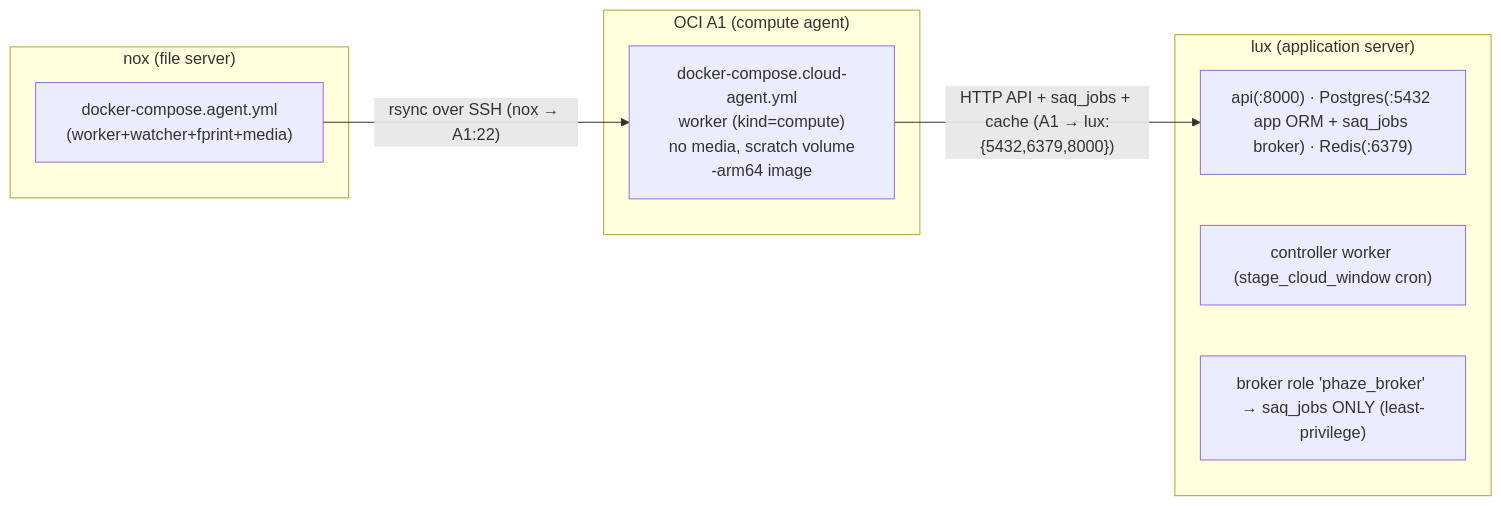
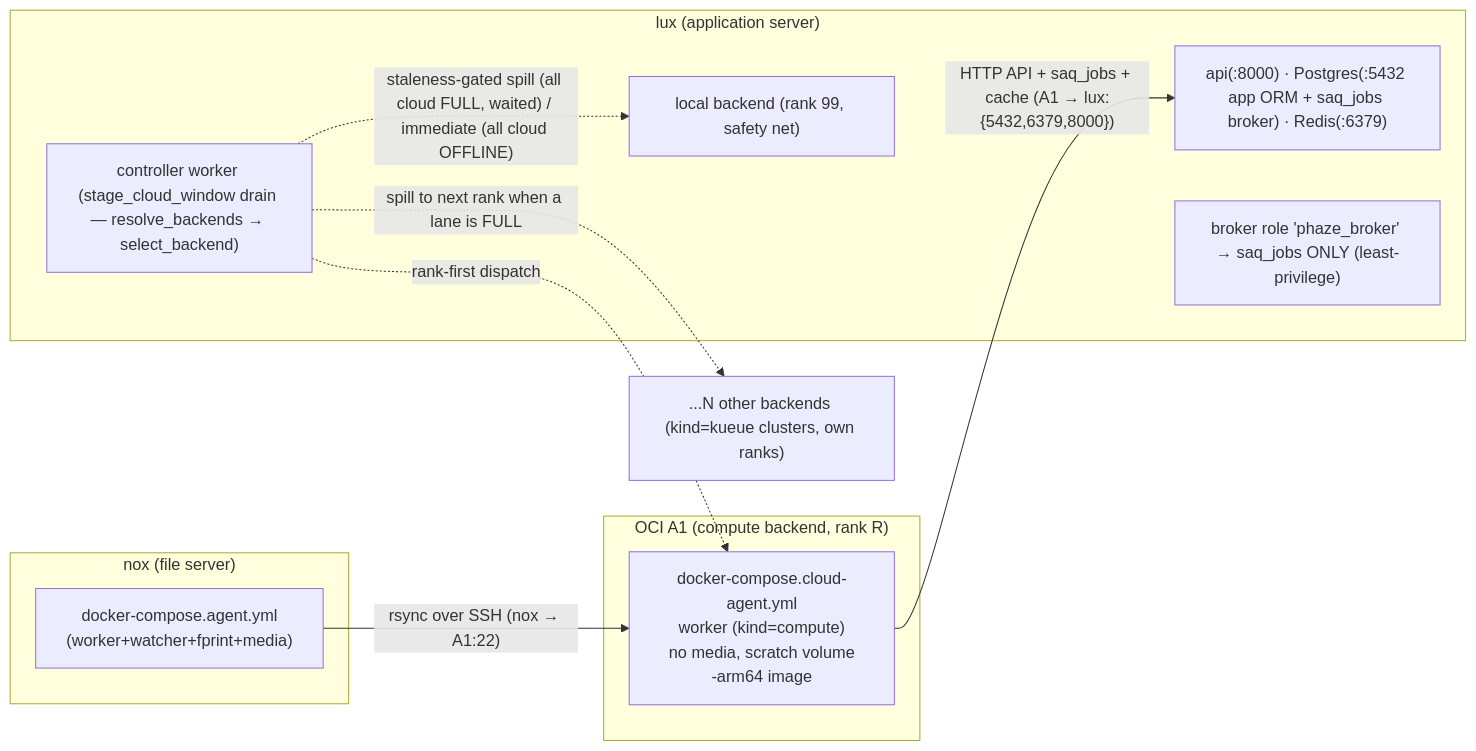
Before and after one commit to SimplicityGuy/phaze: the diagram in docs/cloud-burst.md, drawn with Mermaid. The commit also changed other lines of this file and 16 other files, not shown here.

````diff
--- a/docs/cloud-burst.md
+++ b/docs/cloud-burst.md
@@ -38,17 +40,22 @@
 ```mermaid
 flowchart LR
   %% Tailscale tailnet (default-deny grants ACL)
   subgraph nox["nox (file server)"]
     noxc["docker-compose.agent.yml<br/>(worker+watcher+fprint+media)"]
   end
-  subgraph a1["OCI A1 (compute agent)"]
+  subgraph a1["OCI A1 (compute backend, rank R)"]
     a1c["docker-compose.cloud-agent.yml<br/>worker (kind=compute)<br/>no media, scratch volume<br/>-arm64 image"]
   end
   subgraph lux["lux (application server)"]
     luxapi["api(:8000) · Postgres(:5432 app ORM + saq_jobs broker) · Redis(:6379)"]
-    luxctl["controller worker (stage_cloud_window cron)"]
+    luxctl["controller worker (stage_cloud_window drain — resolve_backends → select_backend)"]
     luxbroker["broker role 'phaze_broker' → saq_jobs ONLY (least-privilege)"]
+    luxlocal["local backend (rank 99, safety net)"]
   end
+  kueue["...N other backends (kind=kueue clusters, own ranks)"]
   noxc -->|"rsync over SSH (nox → A1:22)"| a1c
   a1c -->|"HTTP API + saq_jobs + cache (A1 → lux:{5432,6379,8000})"| luxapi
+  luxctl -.->|"rank-first dispatch"| a1c
+  luxctl -.->|"spill to next rank when a lane is FULL"| kueue
+  luxctl -.->|"staleness-gated spill (all cloud FULL, waited) / immediate (all cloud OFFLINE)"| luxlocal
 ```
````
